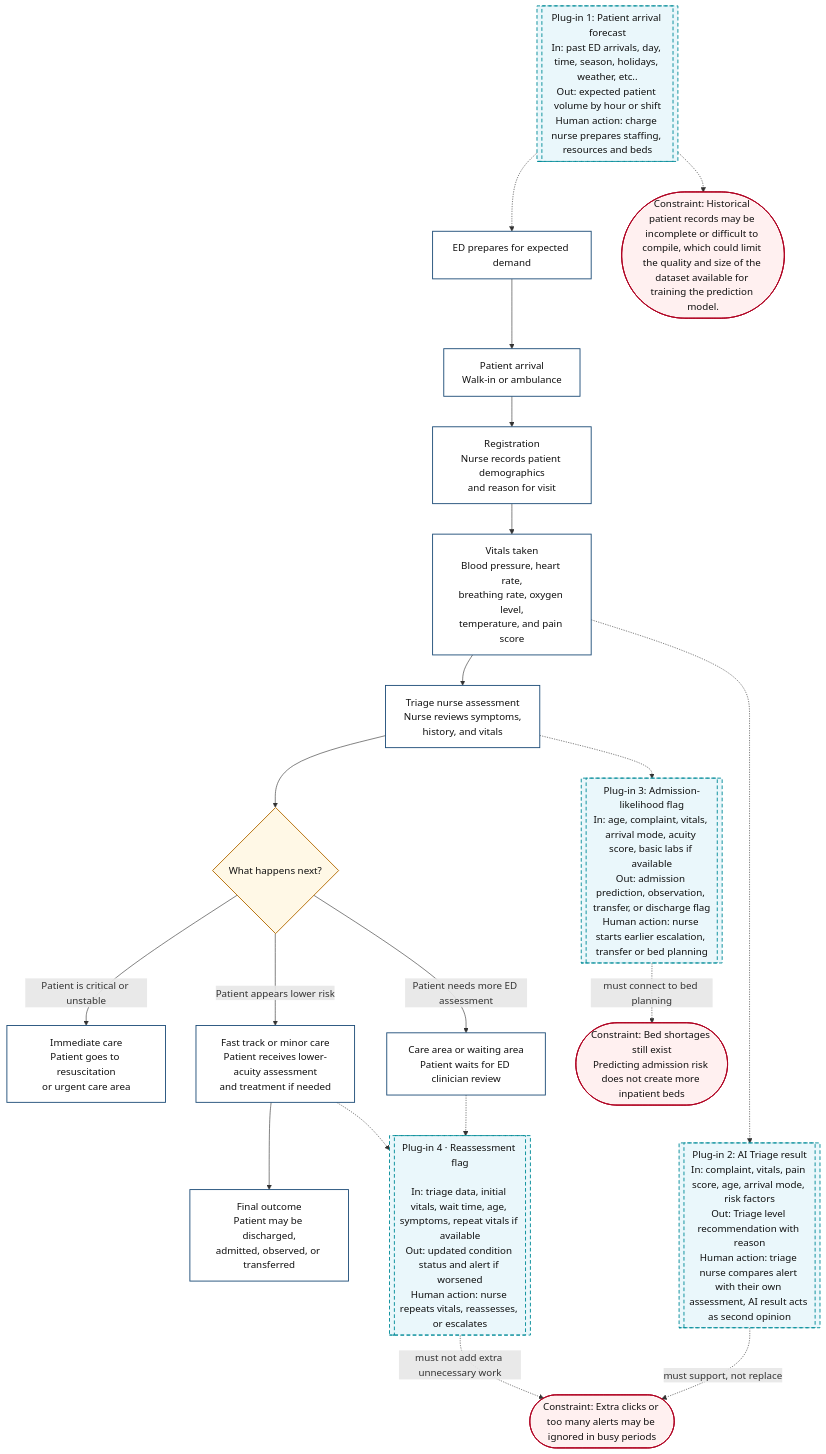
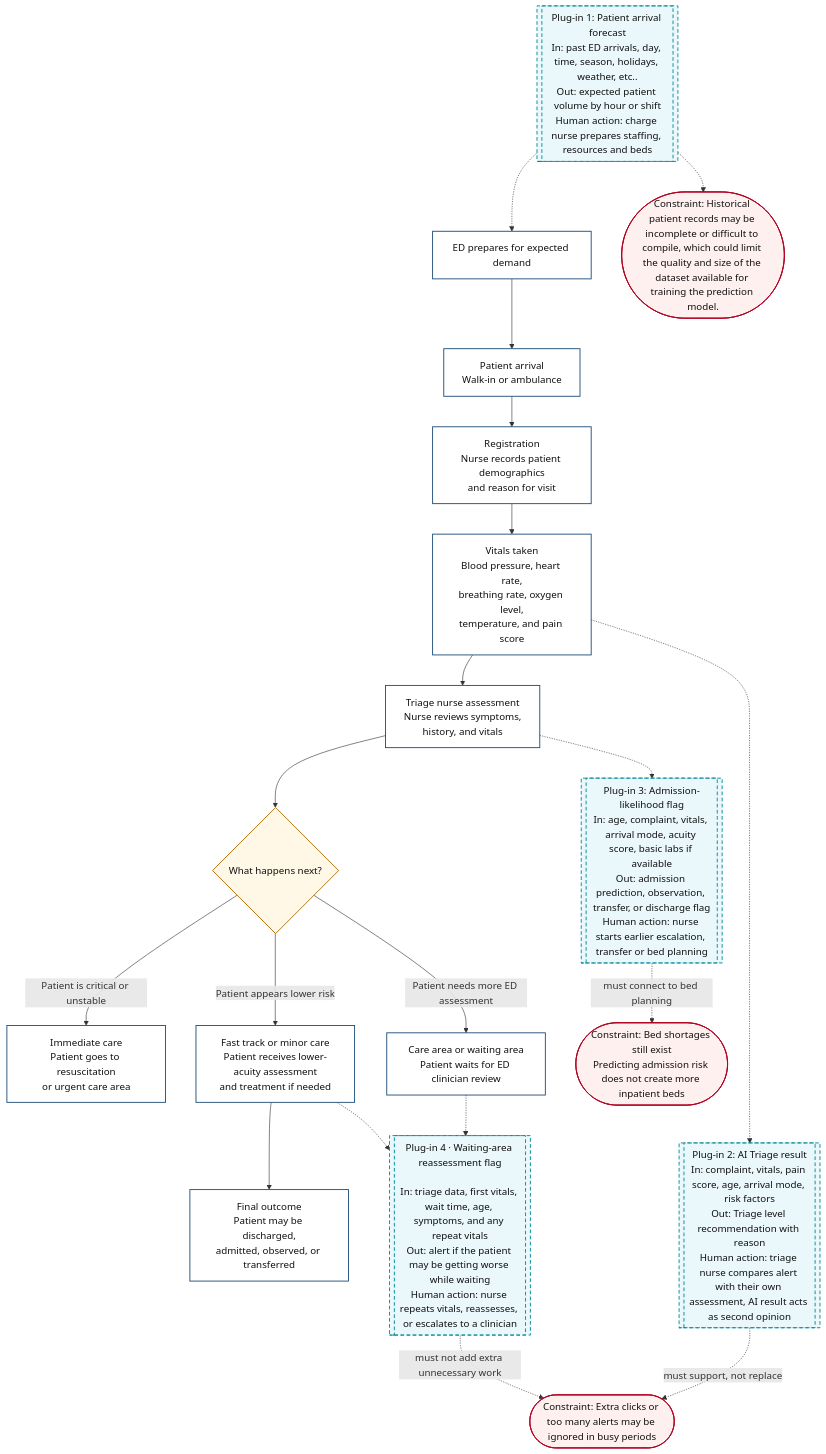
The diagram in docs/week_3_workflow.md (tinadams/carisurg-portfolio), drawn with Mermaid before and after one commit.

Commit message:
Update AI4 plug-in description for clarity

````diff
--- a/docs/week_3_workflow.md
+++ b/docs/week_3_workflow.md
@@ -1,57 +1,57 @@
 ```mermaid
 flowchart TD
 
 A[Patient arrival<br/>Walk-in or ambulance] --> B[Registration<br/>Nurse records patient demographics<br/>and reason for visit]
 
 B --> C[Vitals taken<br/>Blood pressure, heart rate,<br/>breathing rate, oxygen level,<br/>temperature, and pain score]
 
 C --> D[Triage nurse assessment<br/>Nurse reviews symptoms,<br/>history, and vitals]
 
 D --> E{What happens next?}
 
 E -->|Patient is critical or unstable| F[Immediate care<br/>Patient goes to resuscitation<br/>or urgent care area]
 
 E -->|Patient needs more ED assessment| G[Care area or waiting area<br/>Patient waits for ED clinician review]
 
 E -->|Patient appears lower risk| H[Fast track or minor care<br/>Patient receives lower-acuity assessment<br/>and treatment if needed]
 
 H --> I[Final outcome<br/>Patient may be discharged,<br/>admitted, observed, or transferred]
 
 AI1[[Plug-in 1: Patient arrival forecast<br/>In: past ED arrivals, day, time, season, holidays, weather, etc..<br/>Out: expected patient volume by hour or shift<br/>Human action: charge nurse prepares staffing, resources and beds]]
 
 AI2[[Plug-in 2: AI Triage result<br/>In: complaint, vitals, pain score, age, arrival mode, risk factors<br/>Out: Triage level recommendation with reason<br/>Human action: triage nurse compares alert with their own assessment, AI result acts as second opinion]]
 
 AI3[[Plug-in 3: Admission-likelihood flag<br/>In: age, complaint, vitals, arrival mode, acuity score, basic labs if available<br/>Out: admission prediction, observation, transfer, or discharge flag<br/>Human action: nurse starts earlier escalation, transfer or bed planning]]
 
-AI4[[Plug-in 4 · Reassessment flag<br/><br/>In: triage data, initial vitals, wait time, age, symptoms, repeat vitals if available<br/>Out: updated condition status and alert if worsened<br/>Human action: nurse repeats vitals, reassesses, or escalates]]
+AI4[[Plug-in 4 · Waiting-area reassessment flag<br/><br/>In: triage data, first vitals, wait time, age, symptoms, and any repeat vitals<br/>Out: alert if the patient may be getting worse while waiting<br/>Human action: nurse repeats vitals, reassesses, or escalates to a clinician]]
 
 PRE[ED prepares for expected demand]
 
 AI1 -.-> PRE
 PRE --> A
 D -.-> AI3
 C -.-> AI2
 G -.-> AI4
 H -.-> AI4
 
 C1([Constraint: Historical patient records may be incomplete or difficult to compile, which could limit the quality and size of the dataset available for training the prediction model.])
 
 C2([Constraint: Extra clicks or too many alerts may be ignored in busy periods])
 
 C3([Constraint: Bed shortages still exist<br/>Predicting admission risk does not create more inpatient beds])
 
 AI1 -.-> C1
 AI2 -. must support, not replace .-> C2
 AI3 -. must connect to bed planning .-> C3
 AI4 -. must not add extra unnecessary work .-> C2
 
 classDef process fill:#ffffff,stroke:#1f4e79,stroke-width:1.5px,color:#111;
 classDef decision fill:#fff8e6,stroke:#b36b00,stroke-width:1.5px,color:#111;
 classDef ai fill:#eaf7fb,stroke:#008c99,stroke-width:1.5px,stroke-dasharray: 6 4,color:#111;
 classDef constraint fill:#fff0f0,stroke:#b00020,stroke-width:1.5px,color:#111;
 
 class A,B,C,D,F,G,H,I,PRE process;
 class E decision;
 class AI1,AI2,AI3,AI4 ai;
 class C1,C2,C3 constraint;
 ```
````
